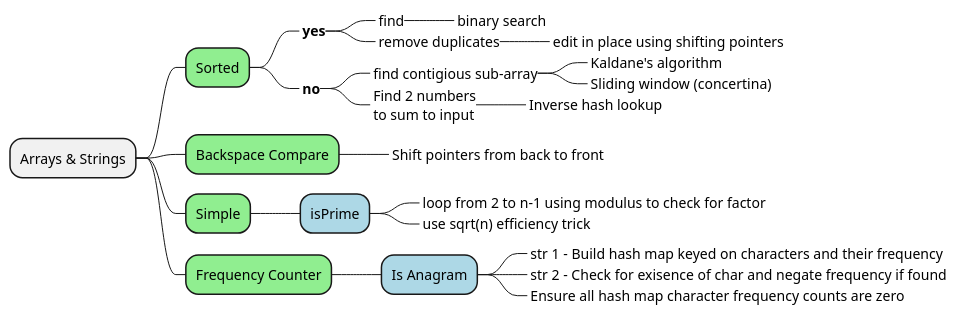
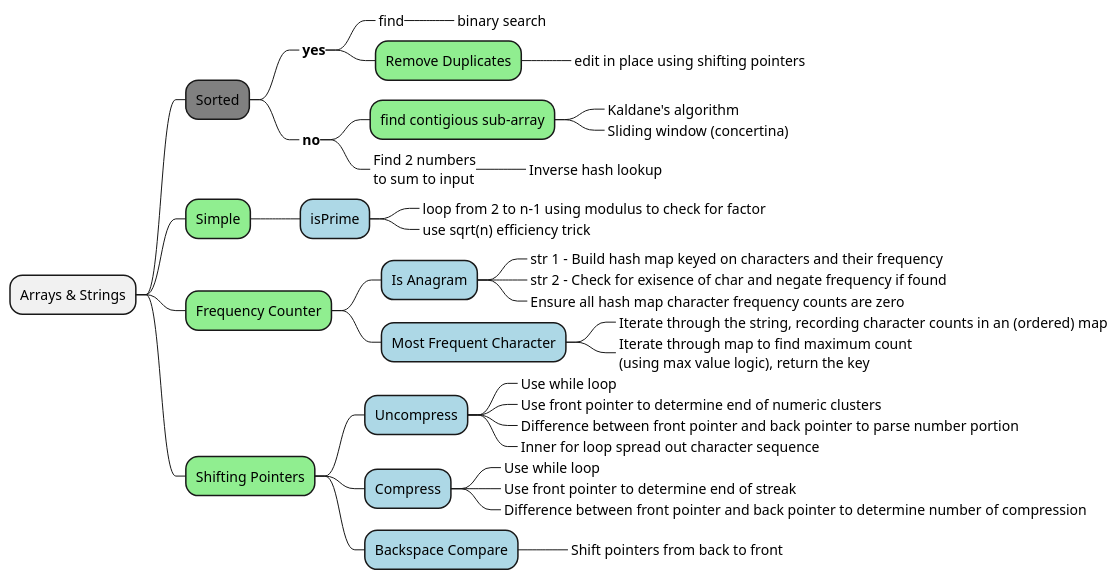
Before and after one commit to bobbyache/study-diagrams: the diagram in alvin/arrays-and-strings.plantuml, drawn with PlantUML.

Commit message:
Added shifting pointer stuff

```diff
--- a/alvin/arrays-and-strings.plantuml
+++ b/alvin/arrays-and-strings.plantuml
@@ -1,29 +1,43 @@
 @startmindmap
 
 + Arrays & Strings
-++[#lightgreen] Sorted
+++[#grey] Sorted
 +++_ **yes**
 ++++_ find
 +++++_ binary search
-++++_ remove duplicates
+++++[#lightgreen] Remove Duplicates
 +++++_ edit in place using shifting pointers
 +++_ **no**
-++++_ find contigious sub-array
+++++[#lightgreen] find contigious sub-array
 +++++_ Kaldane's algorithm
 +++++_ Sliding window (concertina)
 ++++_ Find 2 numbers\nto sum to input
 +++++_ Inverse hash lookup
-++[#lightgreen] Backspace Compare
-+++_ Shift pointers from back to front
 ++[#lightgreen] Simple
 +++[#lightblue] isPrime
 ++++_ loop from 2 to n-1 using modulus to check for factor
 ++++_ use sqrt(n) efficiency trick
 ++[#lightgreen] Frequency Counter
 +++[#lightblue] Is Anagram
 ++++_ str 1 - Build hash map keyed on characters and their frequency
 ++++_ str 2 - Check for exisence of char and negate frequency if found
 ++++_ Ensure all hash map character frequency counts are zero
++++[#lightblue] Most Frequent Character
+++++_ Iterate through the string, recording character counts in an (ordered) map
+++++_ Iterate through map to find maximum count\n(using max value logic), return the key
+
+++[#lightgreen] Shifting Pointers
++++[#lightblue] Uncompress
+++++_ Use while loop
+++++_ Use front pointer to determine end of numeric clusters
+++++_ Difference between front pointer and back pointer to parse number portion
+++++_ Inner for loop spread out character sequence
++++[#lightblue] Compress
+++++_ Use while loop
+++++_ Use front pointer to determine end of streak
+++++_ Difference between front pointer and back pointer to determine number of compression
++++[#lightblue] Backspace Compare
+++++_ Shift pointers from back to front
 
 
 @endmindmap
```
